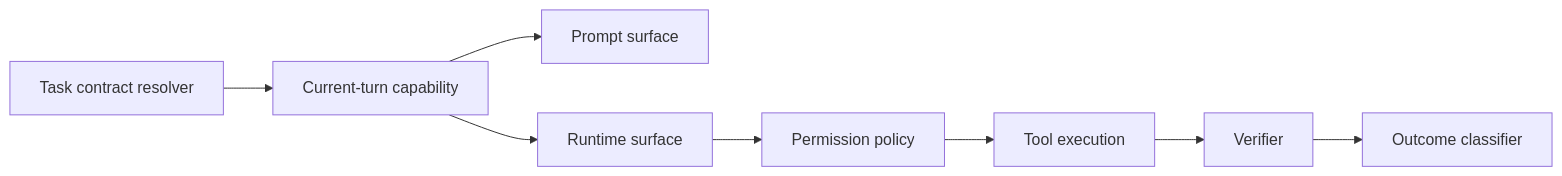
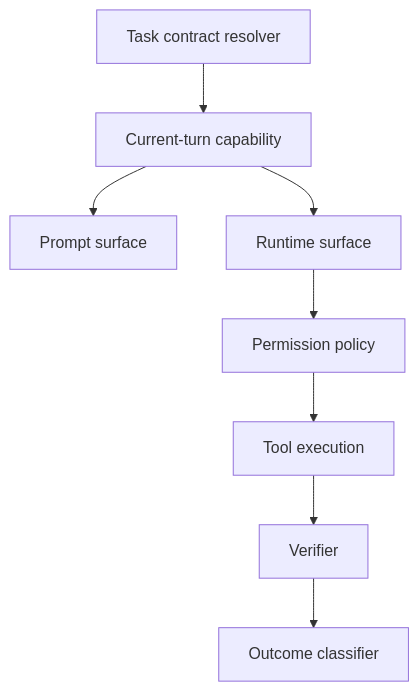
The second of 2 diagrams in docs/architecture/package-map.md (ai21z/talos-assistant), drawn with Mermaid before and after one commit. The commit also changed other lines of this file and 17 other files, not shown here.

Commit message:
Website diagrams, layout stability and documentation navigation are improved.

````diff
--- a/docs/architecture/package-map.md
+++ b/docs/architecture/package-map.md
@@ -76,10 +78,12 @@
 ```mermaid
-flowchart LR
+flowchart TB
+    accTitle: Shared capability ownership
+    accDescr: A resolved task supplies one current-turn capability for prompt and runtime surfaces. Runtime execution remains behind permission policy, followed by verification and outcome classification. This is the target refactoring shape.
     Resolver["Task contract resolver"] --> Capability["Current-turn capability"]
     Capability --> PromptSurface["Prompt surface"]
     Capability --> RuntimeSurface["Runtime surface"]
     RuntimeSurface --> Permission["Permission policy"]
     Permission --> Tools["Tool execution"]
     Tools --> Verifier["Verifier"]
     Verifier --> Outcome["Outcome classifier"]
 ```
````
